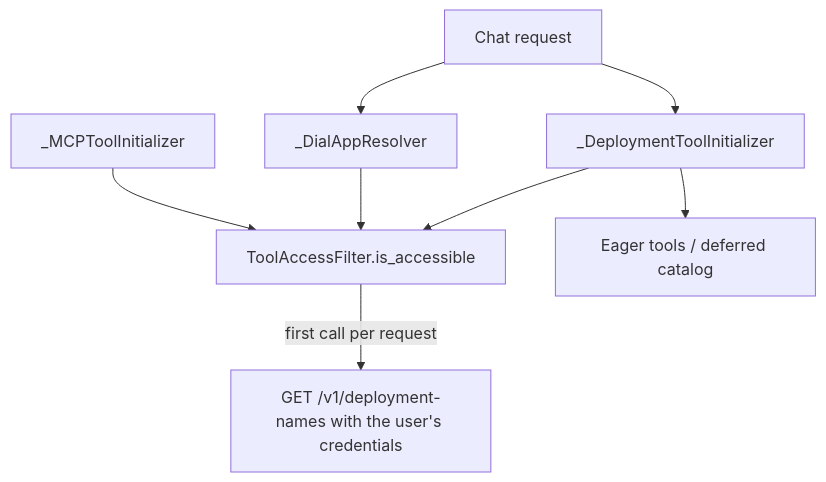
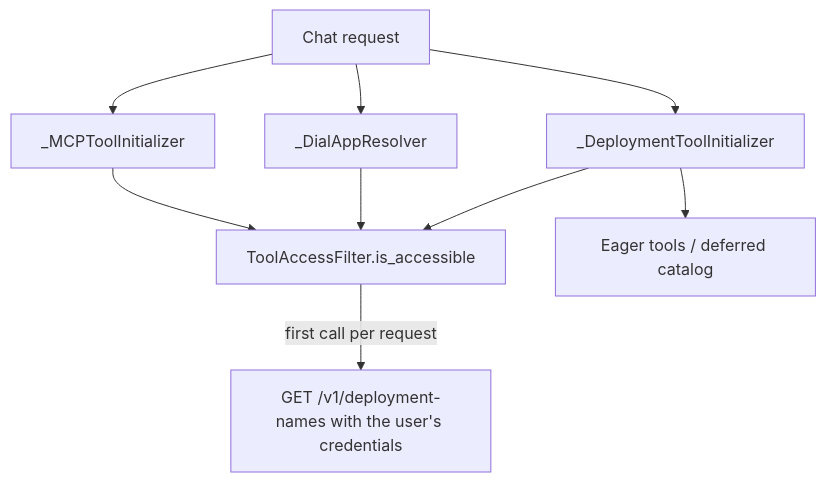
One commit to epam/ai-dial-quickapps-backend changed the diagram in docs/designs/access_aware_tool_availability.md. Above: the diagram before and after it, drawn with Mermaid. The commit also changed other lines of this file and 12 other files, not shown here.

````diff
--- a/docs/designs/access_aware_tool_availability.md
+++ b/docs/designs/access_aware_tool_availability.md
@@ -54,10 +54,11 @@
 ```mermaid
 flowchart TD
     R[Chat request] --> D[_DeploymentToolInitializer]
     R --> A[_DialAppResolver]
+    R --> M[_MCPToolInitializer]
     D --> F[ToolAccessFilter.is_accessible]
     A --> F
-    M[_MCPToolInitializer] --> F
+    M --> F
     F -->|first call per request| L[GET /v1/deployment-names with the user's credentials]
     D --> T[Eager tools / deferred catalog]
 ```
````
